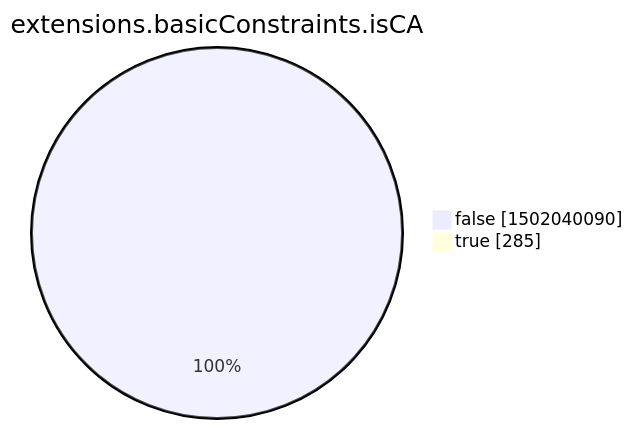
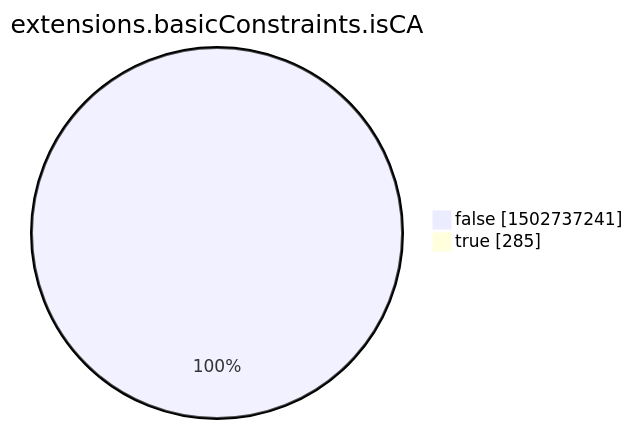
One commit to christiankrug/ctmonitor_visualization changed the eighth of 15 diagrams in xenon2022/README.md. Above: the diagram before and after it, drawn with Mermaid. The commit also changed other lines of this file, not shown here.

````diff
--- a/xenon2022/README.md
+++ b/xenon2022/README.md
@@ -2854,6 +2854,6 @@
 ```mermaid
 pie showData
 title extensions.basicConstraints.isCA
-"false" :1502040090
+"false" :1502737241
 "true" :285
 ```
````
